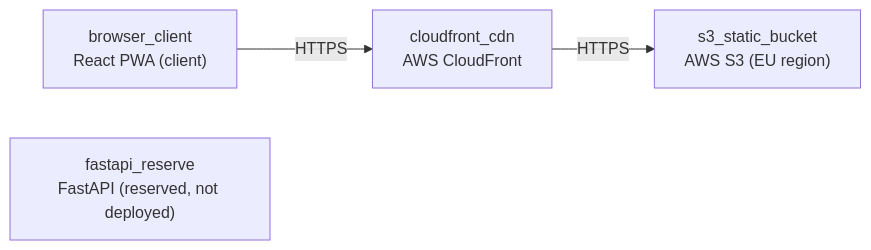
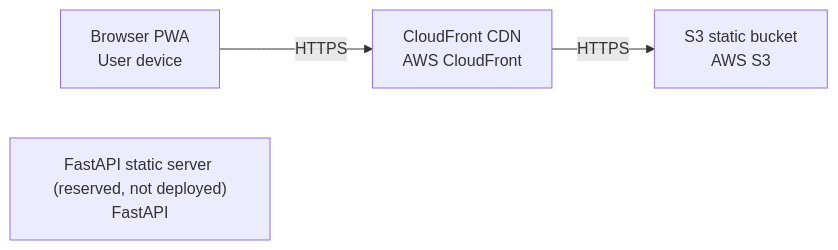
The diagram in docs/sdlc/deployment/deployment-guide.md (satya1802/simple-addition), drawn with Mermaid before and after one commit. The commit also changed other lines of this file and 11 other files, not shown here.

````diff
--- a/docs/sdlc/deployment/deployment-guide.md
+++ b/docs/sdlc/deployment/deployment-guide.md
@@ -23,9 +23,9 @@
 ```mermaid
 graph LR
-  n_s3_static_bucket["s3_static_bucket<br/>AWS S3 (EU region)"]
-  n_cloudfront_cdn["cloudfront_cdn<br/>AWS CloudFront"]
-  n_browser_client["browser_client<br/>React PWA (client)"]
-  n_fastapi_reserve["fastapi_reserve<br/>FastAPI (reserved, not deployed)"]
-  n_browser_client -->|"HTTPS"| n_cloudfront_cdn
-  n_cloudfront_cdn -->|"HTTPS"| n_s3_static_bucket
+  n_S3_static_bucket["S3 static bucket<br/>AWS S3"]
+  n_CloudFront_CDN["CloudFront CDN<br/>AWS CloudFront"]
+  n_Browser_PWA["Browser PWA<br/>User device"]
+  n_FastAPI_static_server__reserved__not_deployed_["FastAPI static server (reserved, not deployed)<br/>FastAPI"]
+  n_Browser_PWA -->|"HTTPS"| n_CloudFront_CDN
+  n_CloudFront_CDN -->|"HTTPS"| n_S3_static_bucket
 ```
````
